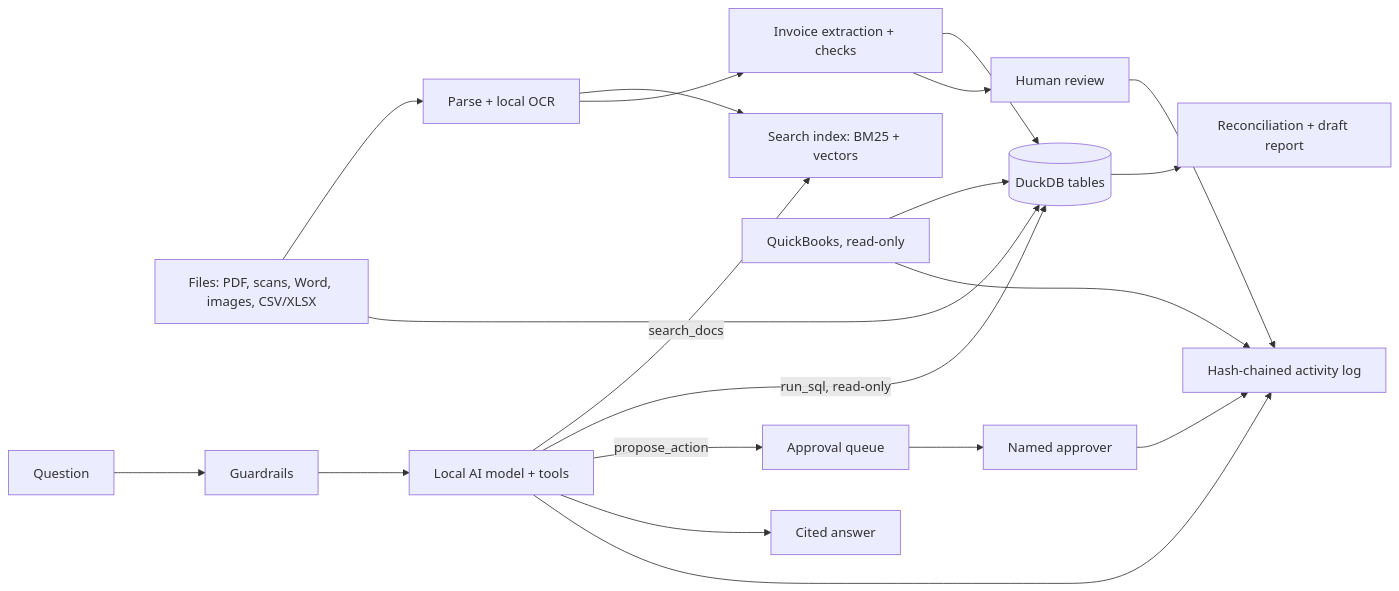
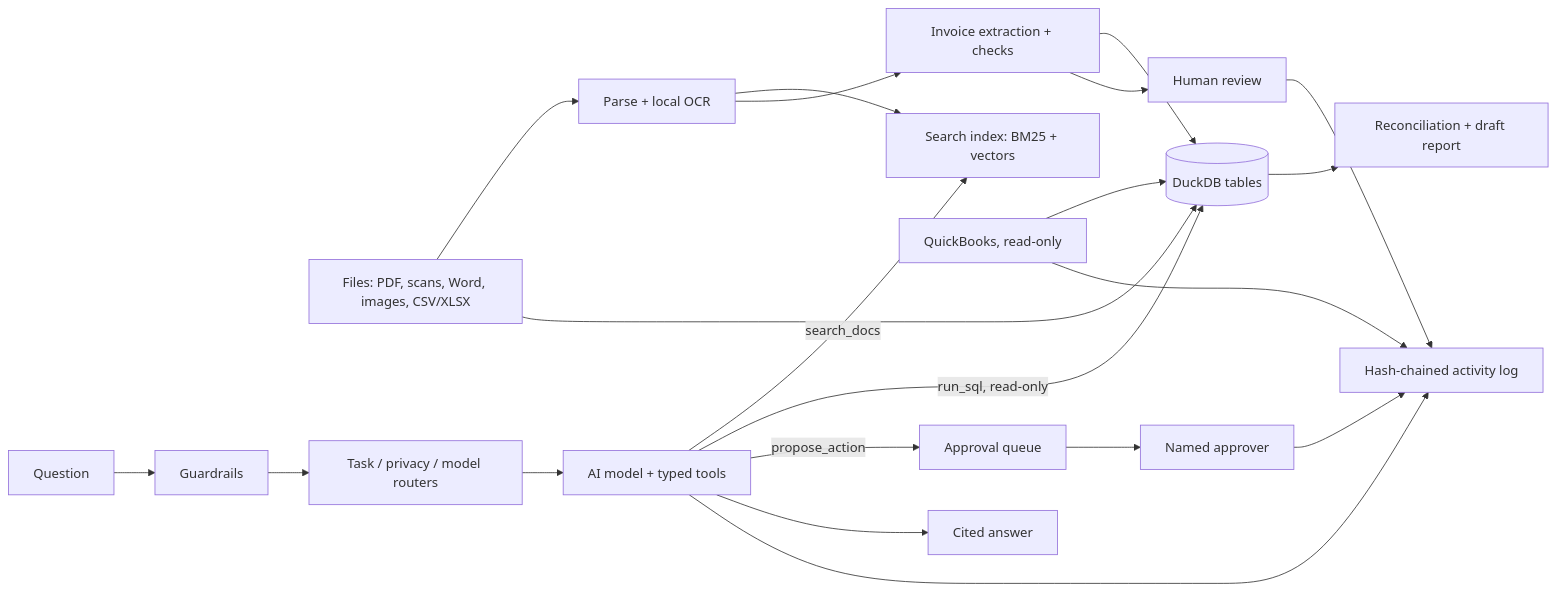
The diagram in README.md (GopalGB/rag-analytics-assistant), drawn with Mermaid before and after one commit. The commit also changed other lines of this file and 31 other files, not shown here.

````diff
--- a/README.md
+++ b/README.md
@@ -76,18 +90,18 @@
 ```mermaid
 flowchart LR
     F[Files: PDF, scans, Word, images, CSV/XLSX] --> P[Parse + local OCR]
     P --> I[Search index: BM25 + vectors]
     P --> X[Invoice extraction + checks]
     F --> T[(DuckDB tables)]
     X --> T
     Q[QuickBooks, read-only] --> T
     T --> R[Reconciliation + draft report]
-    U[Question] --> G[Guardrails] --> A[Local AI model + tools]
+    U[Question] --> G[Guardrails] --> RT[Task / privacy / model routers] --> A[AI model + typed tools]
     A -->|search_docs| I
     A -->|run_sql, read-only| T
     A -->|propose_action| AP[Approval queue]
     A --> S[Cited answer]
     X --> RV[Human review]
     AP --> H[Named approver]
     RV & H & A & Q --> L[Hash-chained activity log]
 ```
````
